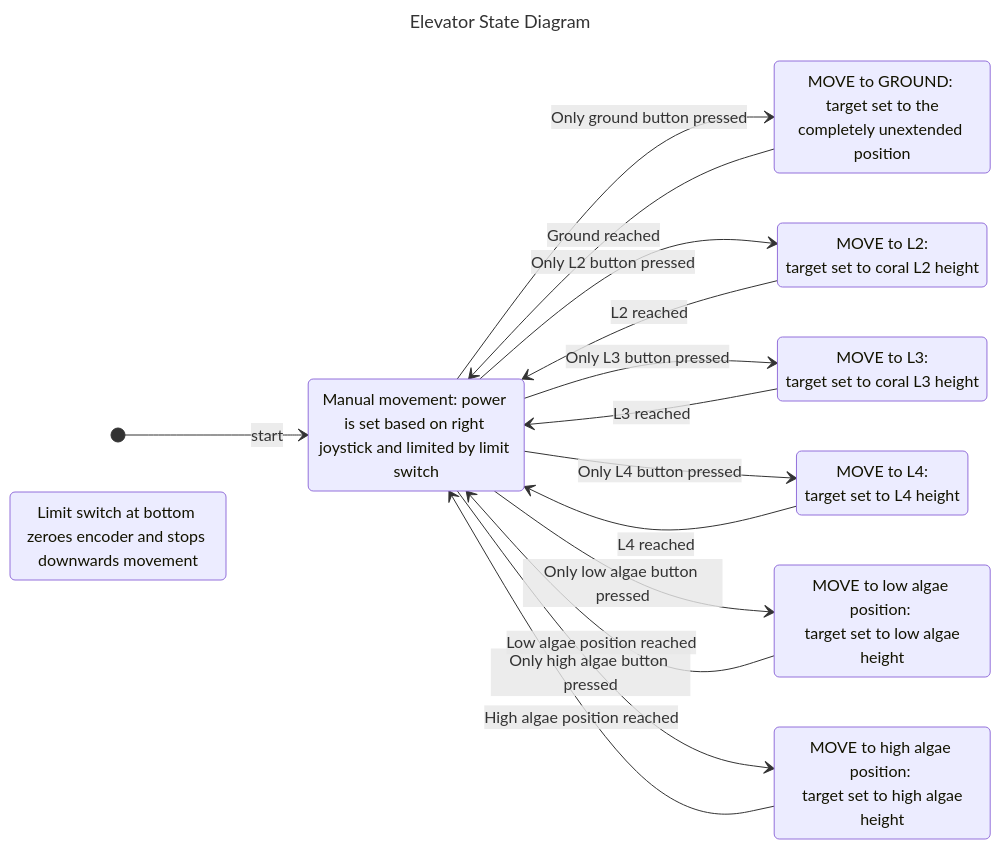
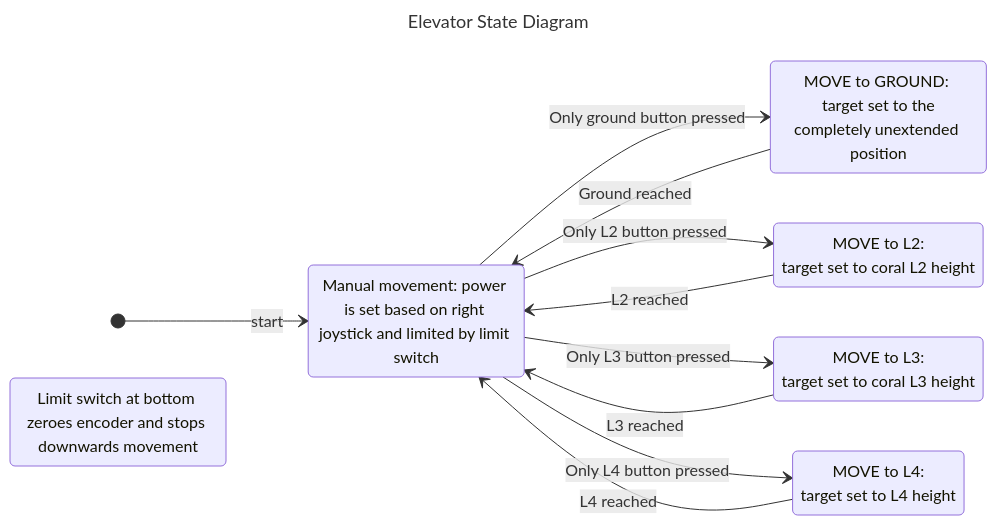
Before and after one commit to Tino-FRC-2473/FRC2025: the diagram in doc/ElevatorFSM.md, drawn with Mermaid. The commit also changed 3 other files, not shown here.

````diff
--- a/doc/ElevatorFSM.md
+++ b/doc/ElevatorFSM.md
@@ -3,35 +3,29 @@
 ```mermaid
 ---
 title: Elevator State Diagram
 ---
 stateDiagram-v2
 
 direction LR
 
 state "Manual movement: power is set based on right joystick and limited by limit switch" as MANUAL
 state "MOVE to L4: <p> target set to L4 height" as L4
 state "MOVE to GROUND: <p> target set to the completely unextended position" as GROUND
 state "MOVE to L2: <p> target set to coral L2 height" as L2
 state "MOVE to L3: <p> target set to coral L3 height" as L3
-state "MOVE to low algae position: <p> target set to low algae height" as LOW_ALGAE
-state "MOVE to high algae position: <p> target set to high algae height" as HIGH_ALGAE
 
 [*] --> MANUAL: start
 
 MANUAL --> GROUND: Only ground button pressed
 MANUAL --> L2: Only L2 button pressed
 MANUAL --> L3: Only L3 button pressed
 MANUAL --> L4: Only L4 button pressed
-MANUAL --> LOW_ALGAE: Only low algae button pressed
-MANUAL --> HIGH_ALGAE: Only high algae button pressed
 
 L2 --> MANUAL: L2 reached
 L3 --> MANUAL: L3 reached
 L4 --> MANUAL: L4 reached
 GROUND --> MANUAL: Ground reached
-LOW_ALGAE --> MANUAL: Low algae position reached
-HIGH_ALGAE --> MANUAL: High algae position reached
 
 note: Limit switch at bottom zeroes encoder and stops downwards movement
 
 ```
````
